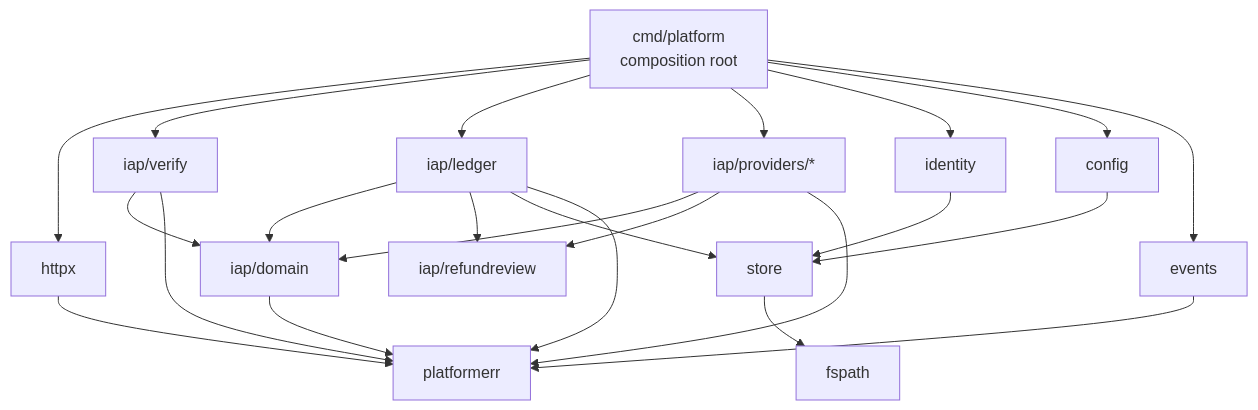
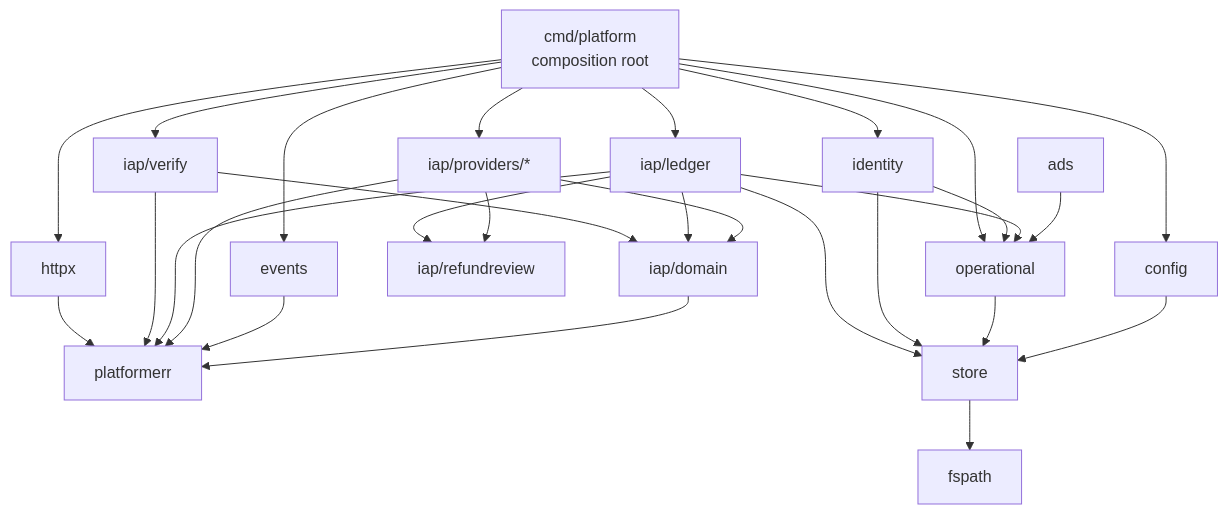
One commit to seorilabs/platform changed the diagram in docs/03-architecture/server-layout.md. Above: the diagram before and after it, drawn with Mermaid. The commit also changed other lines of this file and 16 other files, not shown here.

````diff
--- a/docs/03-architecture/server-layout.md
+++ b/docs/03-architecture/server-layout.md
@@ -46,26 +47,31 @@
 ```mermaid
 flowchart TD
   CMD["cmd/platform<br/>composition root"] --> HTTPX["httpx"]
   CMD --> VERIFY["iap/verify"]
   CMD --> LEDGER["iap/ledger"]
   CMD --> PROV["iap/providers/*"]
   CMD --> ID["identity"]
   CMD --> CFG["config"]
   CMD --> EV["events"]
+  CMD --> OPS["operational"]
 
   HTTPX --> ERR["platformerr"]
   VERIFY --> DOM["iap/domain"]
   VERIFY --> ERR
   LEDGER --> DOM
   LEDGER --> REFUND["iap/refundreview"]
   LEDGER --> STORE["store"]
   LEDGER --> ERR
   PROV --> DOM
   PROV --> REFUND
   PROV --> ERR
   ID --> STORE
+  ID --> OPS
+  LEDGER --> OPS
+  ADS["ads"] --> OPS
+  OPS --> STORE
   CFG --> STORE
   EV --> ERR
   STORE --> FSPATH["fspath"]
   DOM --> ERR
 ```
````
